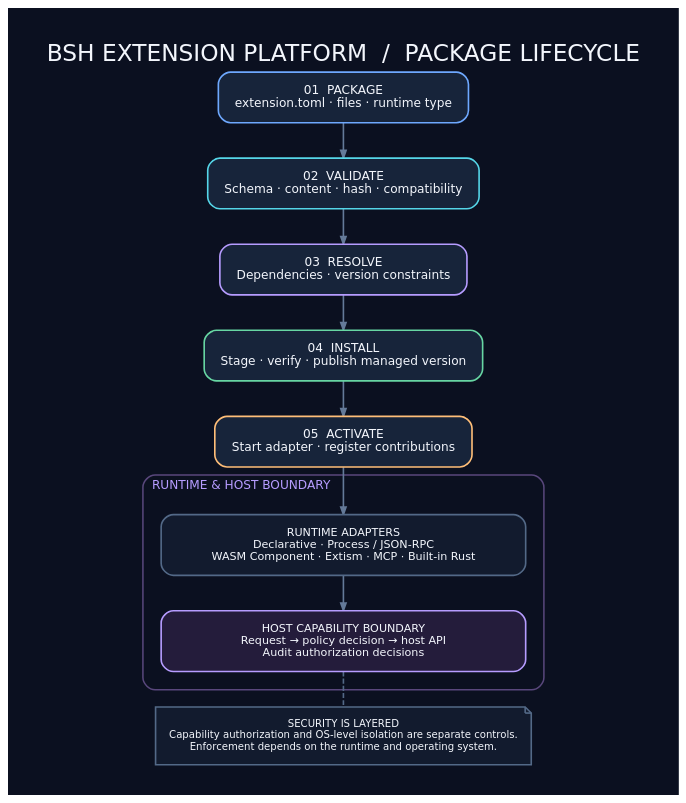
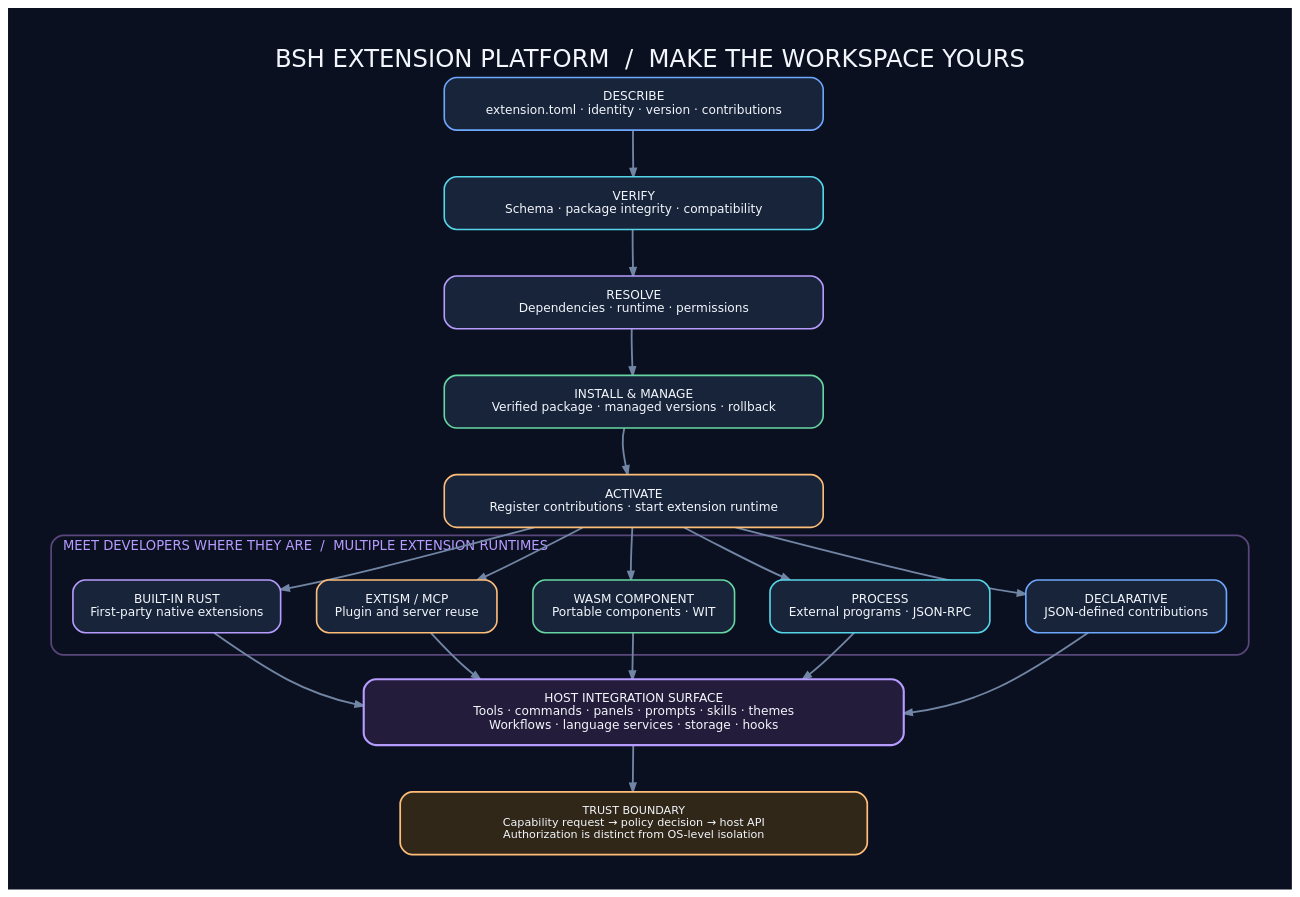
The diagram in docs/diagrams/extension-lifecycle.dot (open1s/bos), drawn with Graphviz before and after one commit. The commit also changed 2 other files, not shown here.

Commit message:
docs: present BOS as a powerful extensible agent platform (#82)
* docs: tell a clearer BOS product story in diagrams

* docs: tell a clearer BOS product story in diagrams

* docs: tell a clearer BOS product story in diagrams

```diff
--- a/docs/diagrams/extension-lifecycle.dot
+++ b/docs/diagrams/extension-lifecycle.dot
@@ -1,39 +1,50 @@
 digraph ExtensionLifecycle {
   graph [
-    bgcolor="#0B1020", pad="0.42", rankdir=TB,
-    nodesep="0.36", ranksep="0.48", splines=ortho,
+    bgcolor="#0B1020", pad="0.48", rankdir=TB,
+    nodesep="0.48", ranksep="0.64", splines=curved,
     newrank=true, outputorder=edgesfirst,
-    fontname="DejaVu Sans", label="BSH EXTENSION PLATFORM  /  PACKAGE LIFECYCLE",
-    labelloc=t, fontsize=23, fontcolor="#F3F6FC"
+    fontname="DejaVu Sans", label="BSH EXTENSION PLATFORM  /  MAKE THE WORKSPACE YOURS",
+    labelloc=t, fontsize=24, fontcolor="#F3F6FC"
   ];
-  node [
-    shape=box, style="rounded,filled", fontname="DejaVu Sans",
-    fontsize=12, margin="0.24,0.16", color="#3B506F",
-    fillcolor="#17243A", fontcolor="#F3F6FC", penwidth=1.6,
-    width=3.2
-  ];
-  edge [color="#647A99", penwidth=1.6, arrowsize=0.75];
+  node [shape=box, style="rounded,filled", fontname="DejaVu Sans",
+    fontsize=12, margin="0.25,0.18", color="#405575",
+    fillcolor="#17243A", fontcolor="#F3F6FC", penwidth=1.6];
+  edge [color="#7186A5", penwidth=1.8, arrowsize=0.8];
 
-  package [label="01  PACKAGE\nextension.toml · files · runtime type", color="#6EA8FE"];
-  validate [label="02  VALIDATE\nSchema · content · hash · compatibility", color="#55D6E8"];
-  resolve [label="03  RESOLVE\nDependencies · version constraints", color="#B69CFF"];
-  install [label="04  INSTALL\nStage · verify · publish managed version", color="#67D6A3"];
-  activate [label="05  ACTIVATE\nStart adapter · register contributions", color="#FFBE78"];
-  package -> validate -> resolve -> install -> activate;
+  manifest [label="DESCRIBE\nextension.toml · identity · version · contributions", color="#6EA8FE", width=5.2];
+  verify [label="VERIFY\nSchema · package integrity · compatibility", color="#55D6E8", width=5.2];
+  resolve [label="RESOLVE\nDependencies · runtime · permissions", color="#B69CFF", width=5.2];
+  install [label="INSTALL & MANAGE\nVerified package · managed versions · rollback", color="#67D6A3", width=5.2];
+  activate [label="ACTIVATE\nRegister contributions · start extension runtime", color="#FFBE78", width=5.2];
+  manifest -> verify -> resolve -> install -> activate;
 
-  subgraph cluster_host {
-    label="RUNTIME & HOST BOUNDARY";
-    labelloc=t; labeljust=l; fontsize=12; fontcolor="#B69CFF";
-    color="#59477C"; style="rounded"; penwidth=1.5; margin=18;
-    adapters [label="RUNTIME ADAPTERS\nDeclarative · Process / JSON-RPC\nWASM Component · Extism · MCP · Built-in Rust", fillcolor="#121B2E", color="#536987", fontsize=11, width=5.0];
-    host [label="HOST CAPABILITY BOUNDARY\nRequest → policy decision → host API\nAudit authorization decisions", fillcolor="#241C3B", color="#B69CFF", fontsize=11, width=5.0];
-    adapters -> host;
+  subgraph cluster_runtimes {
+    label="MEET DEVELOPERS WHERE THEY ARE  /  MULTIPLE EXTENSION RUNTIMES";
+    labelloc=t; labeljust=l; fontsize=13; fontcolor="#B69CFF";
+    color="#59477C"; style="rounded"; penwidth=1.7; margin=22;
+    declarative [label="DECLARATIVE\nJSON-defined contributions", color="#6EA8FE"];
+    process [label="PROCESS\nExternal programs · JSON-RPC", color="#55D6E8"];
+    wasm [label="WASM COMPONENT\nPortable components · WIT", color="#67D6A3"];
+    extism [label="EXTISM / MCP\nPlugin and server reuse", color="#FFBE78"];
+    builtin [label="BUILT-IN RUST\nFirst-party native extensions", color="#B69CFF"];
+    {rank=same; declarative; process; wasm;}
+    {rank=same; extism; builtin;}
   }
-  activate -> adapters;
+  activate -> declarative;
+  activate -> process;
+  activate -> wasm;
+  activate -> extism;
+  activate -> builtin;
 
-  note [
-    shape=note, style="filled", label="SECURITY IS LAYERED\nCapability authorization and OS-level isolation are separate controls.\nEnforcement depends on the runtime and operating system.",
-    fillcolor="#121B2E", color="#536987", fontsize=10, width=5.0
-  ];
-  host -> note [style=dashed, arrowhead=none, color="#536987"];
+  host [label="HOST INTEGRATION SURFACE\nTools · commands · panels · prompts · skills · themes\nWorkflows · language services · storage · hooks",
+    fillcolor="#241C3B", color="#B69CFF", penwidth=2.1, fontsize=12, width=7.4];
+  declarative -> host;
+  process -> host;
+  wasm -> host;
+  extism -> host;
+  builtin -> host;
+
+  security [label="TRUST BOUNDARY\nCapability request → policy decision → host API\nAuthorization is distinct from OS-level isolation",
+    fillcolor="#302719", color="#FFBE78", penwidth=1.7, fontsize=11, width=6.4];
+  host -> security;
 }
```
